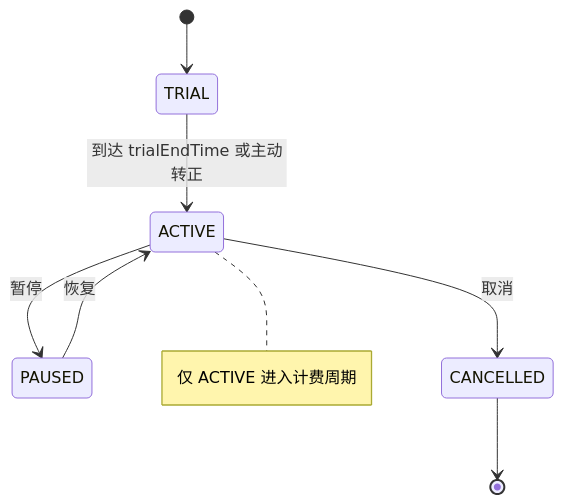
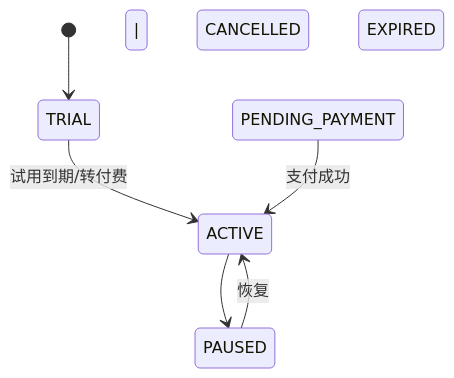
One commit to rosestack/rose-playground changed the second of 11 diagrams in rose-backend/rose-service/rose-billing-service/docs/billing-domain-model.md. Above: the diagram before and after it, drawn with Mermaid. The commit also changed other lines of this file and 33 other files, not shown here.

````diff
--- a/rose-backend/rose-service/rose-billing-service/docs/billing-domain-model.md
+++ b/rose-backend/rose-service/rose-billing-service/docs/billing-domain-model.md
@@ -148,10 +117,8 @@
 ```mermaid
 stateDiagram-v2
   [*] --> TRIAL
-  TRIAL --> ACTIVE: 到达 trialEndTime 或主动转正
-  ACTIVE --> PAUSED: 暂停
+  TRIAL --> ACTIVE: 试用到期/转付费
+  ACTIVE --> PAUSED | CANCELLED | EXPIRED | PENDING_PAYMENT
+  PENDING_PAYMENT --> ACTIVE: 支付成功
   PAUSED --> ACTIVE: 恢复
-  ACTIVE --> CANCELLED: 取消
-  CANCELLED --> [*]
-  note right of ACTIVE: 仅 ACTIVE 进入计费周期
 ```
````
